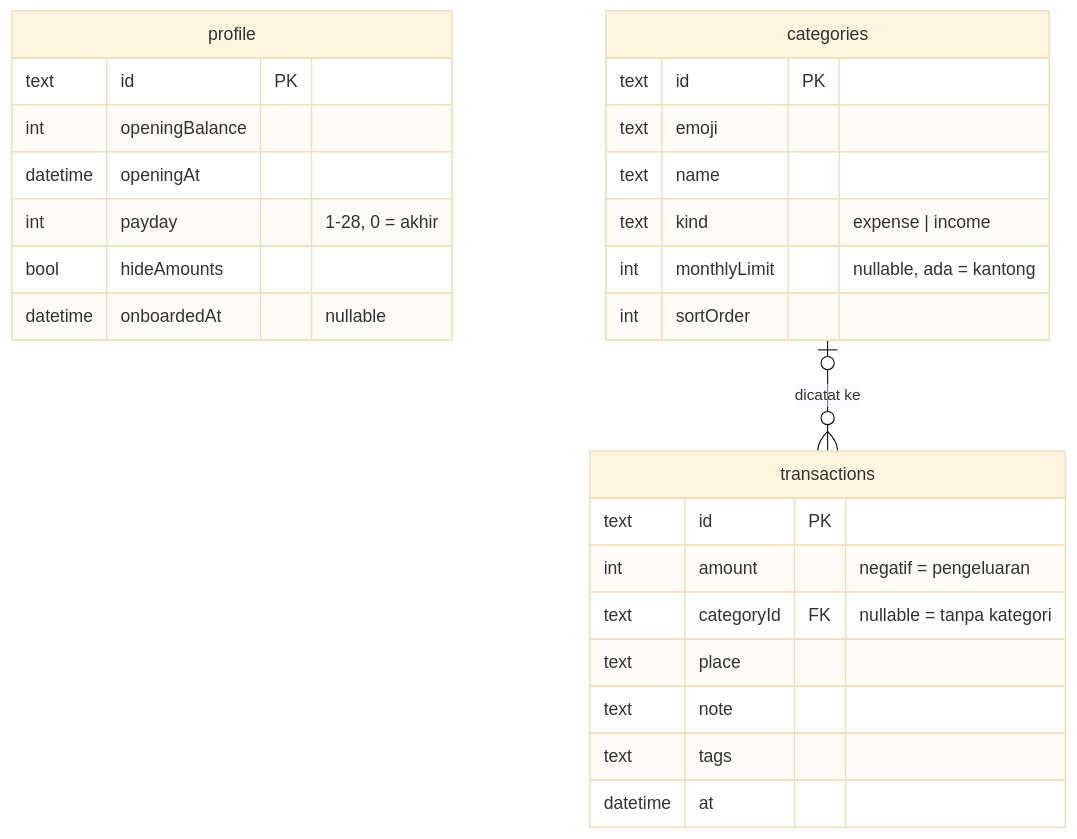
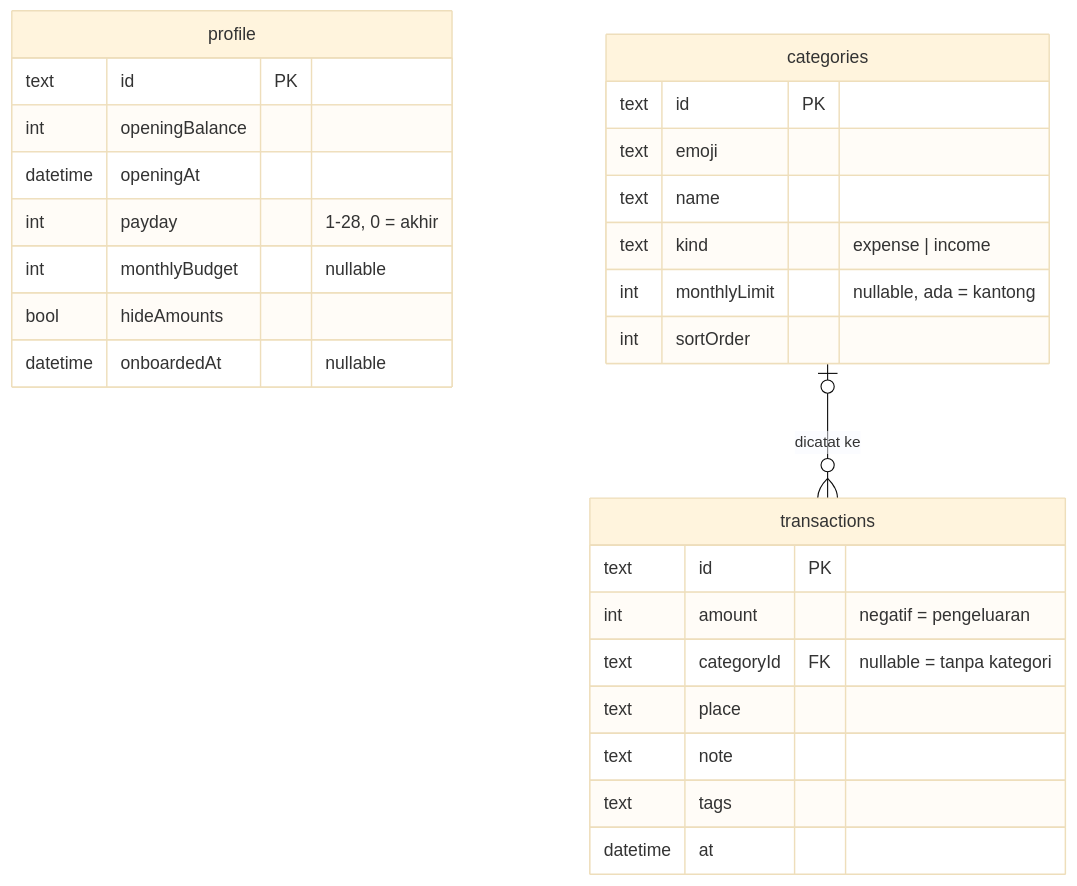
Before and after one commit to choiruladamm/mibu: the diagram in docs/MVP_PLAN.md, drawn with Mermaid (base theme). The commit also changed other lines of this file and 1 other file, not shown here.

First line of the commit message:
docs(m3): monthly budget, PocketLimit and ritme budget rules

````diff
--- a/docs/MVP_PLAN.md
+++ b/docs/MVP_PLAN.md
@@ -36,29 +36,30 @@
 ```mermaid
 erDiagram
     profile {
         text id PK
         int openingBalance
         datetime openingAt
         int payday "1-28, 0 = akhir"
+        int monthlyBudget "nullable"
         bool hideAmounts
         datetime onboardedAt "nullable"
     }
     categories {
         text id PK
         text emoji
         text name
         text kind "expense | income"
         int monthlyLimit "nullable, ada = kantong"
         int sortOrder
     }
     transactions {
         text id PK
         int amount "negatif = pengeluaran"
         text categoryId FK "nullable = tanpa kategori"
         text place
         text note
         text tags
         datetime at
     }
     categories |o--o{ transactions : "dicatat ke"
 ```
````
